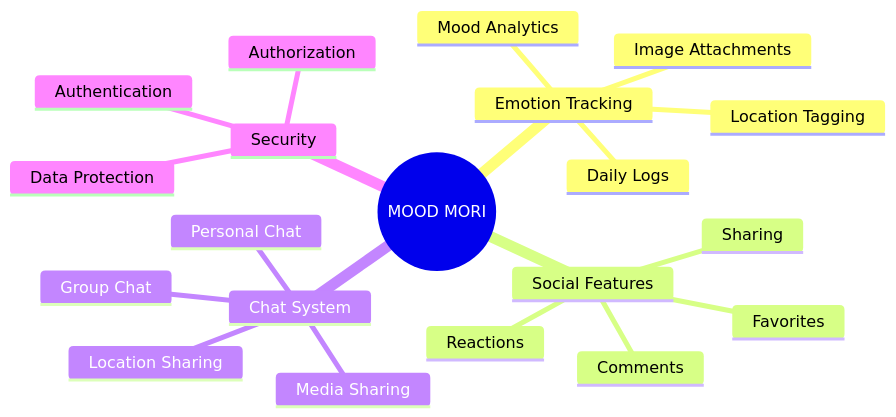
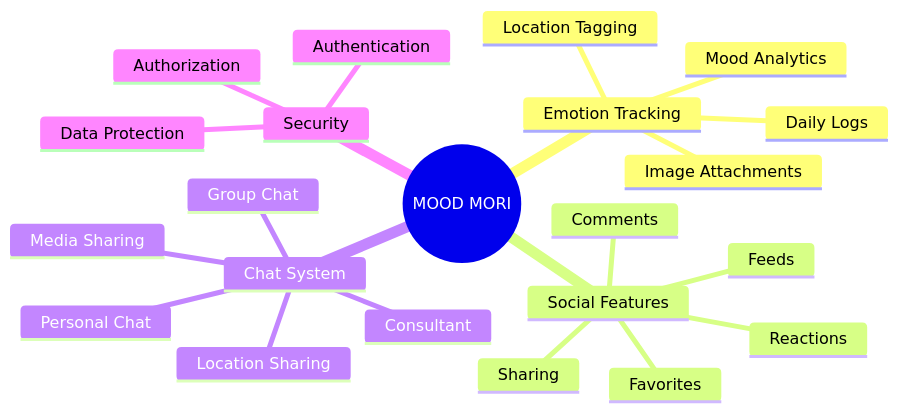
The fourth of 4 diagrams in README.md (vinend/Moodmori), drawn with Mermaid before and after one commit. The commit also changed 1 other file, not shown here.

Commit message:
ppt&readme

````diff
--- a/README.md
+++ b/README.md
@@ -405,23 +405,25 @@
 ```mermaid
 mindmap
   root((MOOD MORI))
     Emotion Tracking
       Daily Logs
       Mood Analytics
       Image Attachments
       Location Tagging
     Social Features
       Comments
       Reactions
       Favorites
       Sharing
+      Feeds
     Chat System
       Personal Chat
       Group Chat
       Media Sharing
       Location Sharing
+      Consultant
     Security
       Authentication
       Authorization
       Data Protection
 ```
````
